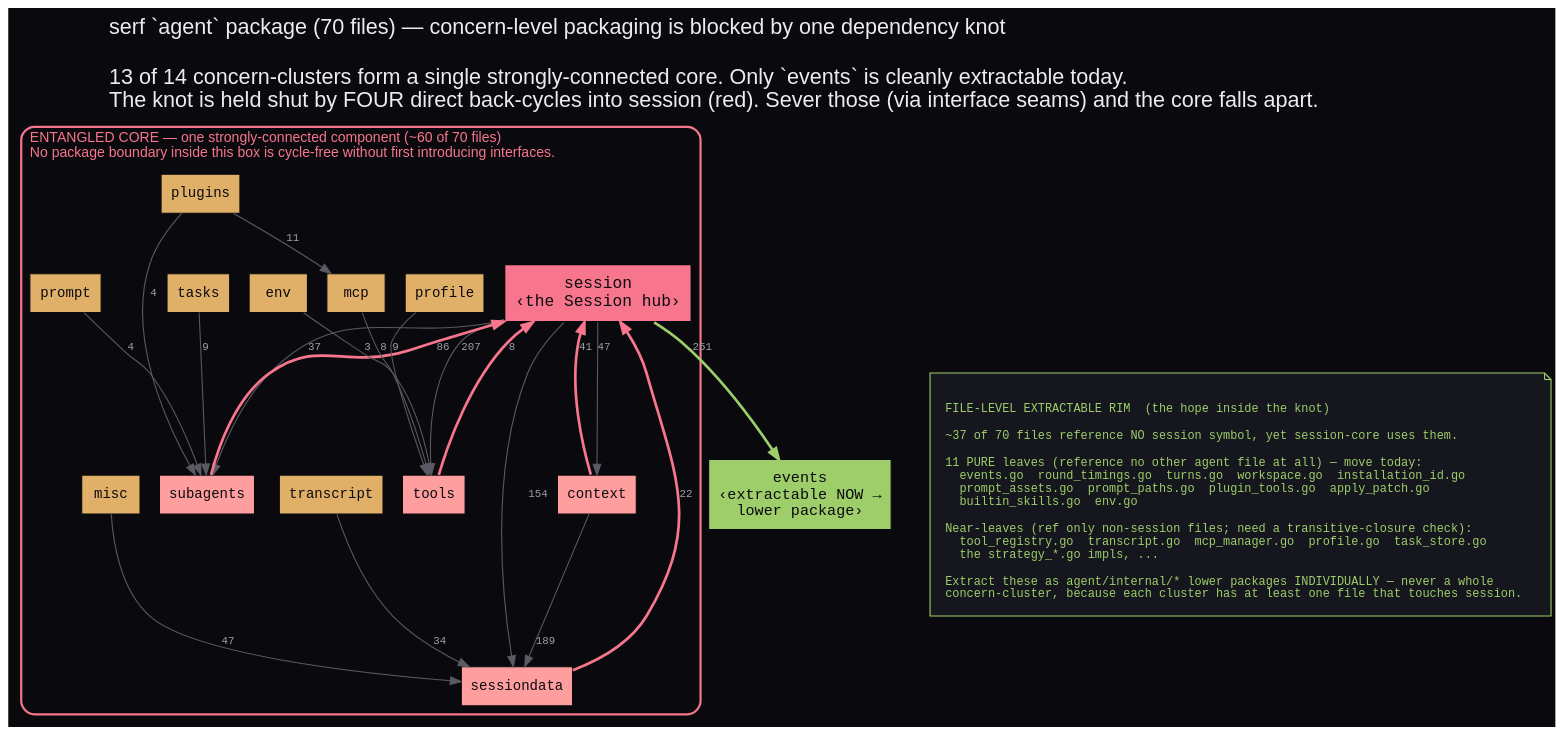
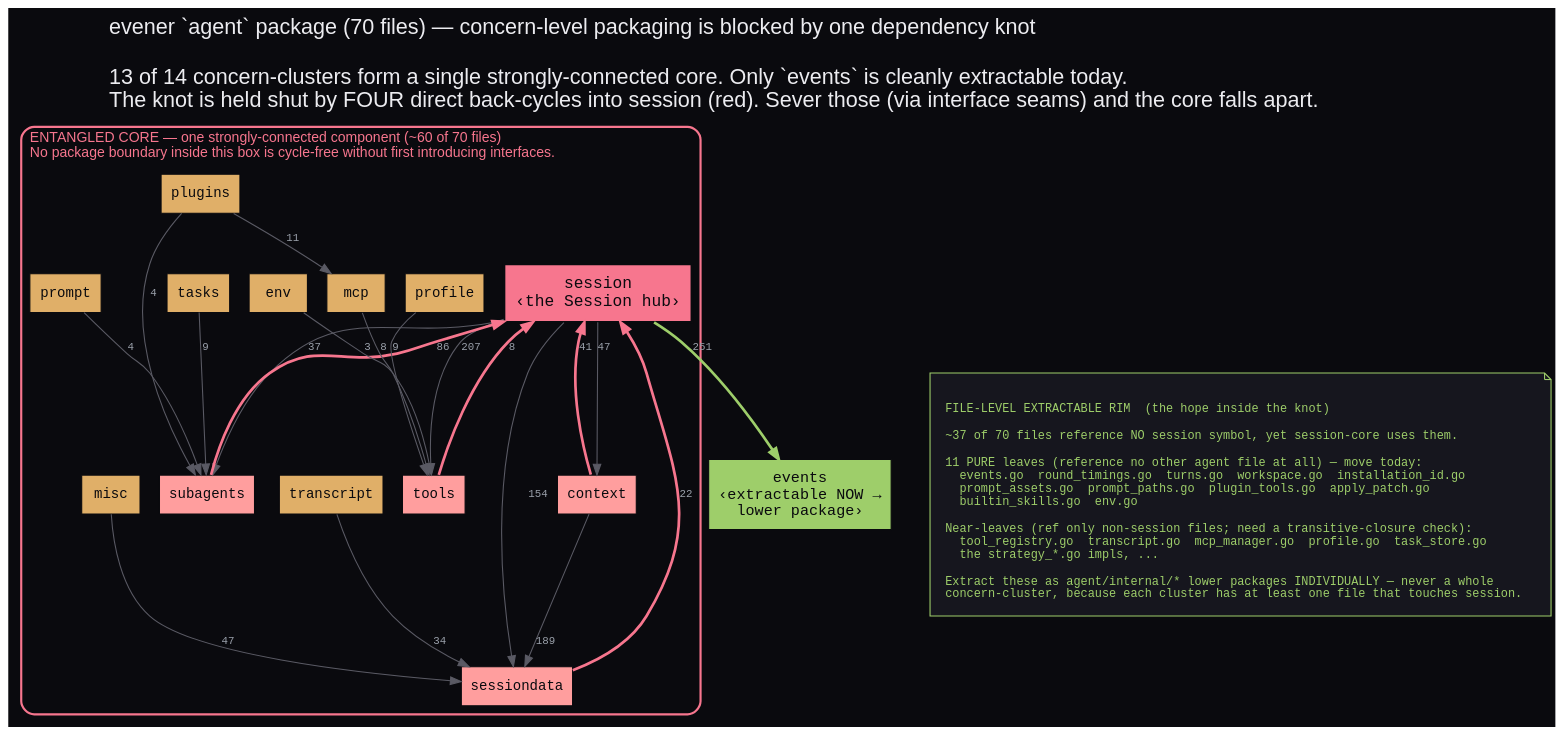
Before and after one commit to prime-radiant-inc/evener: the diagram in docs/superpowers/specs/2026-05-30-agent-package-dependency-map.dot, drawn with Graphviz. The commit also changed 47 other files, not shown here.

First line of the commit message:
rename: final cleanup of remaining Serf -> Evener references

```diff
--- a/docs/superpowers/specs/2026-05-30-agent-package-dependency-map.dot
+++ b/docs/superpowers/specs/2026-05-30-agent-package-dependency-map.dot
@@ -1,69 +1,69 @@
-// serf `agent` package intra-package dependency map.
+// evener `agent` package intra-package dependency map.
 // Generated from a go/types symbol-reference analysis (see /tmp/agentdep):
 // every edge = "cluster A uses a package-level symbol/method/type defined in cluster B".
 // Clusters = concern groupings of the 70 source files. Edge labels = reference counts.
 // Classification (core / leaf-below) computed via strongly-connected-component reachability
 // from the `session` cluster. Principal edges shown; the full session->* fan-out is omitted
 // for readability (session references all 13 other clusters).
 digraph agentdeps {
   rankdir=TB;
   bgcolor="#0a0a0e";
   fontname="Helvetica"; fontcolor="#ececf0"; fontsize=20; labelloc=t;
-  label="serf `agent` package (70 files) — concern-level packaging is blocked by one dependency knot\l\l13 of 14 concern-clusters form a single strongly-connected core. Only `events` is cleanly extractable today.\lThe knot is held shut by FOUR direct back-cycles into session (red). Sever those (via interface seams) and the core falls apart.\l";
+  label="evener `agent` package (70 files) — concern-level packaging is blocked by one dependency knot\l\l13 of 14 concern-clusters form a single strongly-connected core. Only `events` is cleanly extractable today.\lThe knot is held shut by FOUR direct back-cycles into session (red). Sever those (via interface seams) and the core falls apart.\l";
   node [style=filled, shape=box, fontname="Courier", fontsize=13, fontcolor="#0a0a0e", color="#0a0a0e", margin=0.14];
   edge [color="#5a5a64", fontcolor="#9aa0aa", fontname="Courier", fontsize=10];
 
   subgraph cluster_core {
     label="ENTANGLED CORE — one strongly-connected component (~60 of 70 files)\lNo package boundary inside this box is cycle-free without first introducing interfaces.\l";
     labeljust=l; fontcolor="#f7768e"; color="#f7768e"; style="rounded"; penwidth=2.0; fontsize=13;
 
     session     [fillcolor="#f7768e", label="session\n‹the Session hub›", penwidth=2.5, fontsize=15];
 
     // the four clusters that directly cycle with session (the entanglements to break)
     sessiondata [fillcolor="#ff9e9e"];
     subagents   [fillcolor="#ff9e9e"];
     tools       [fillcolor="#ff9e9e"];
     context     [fillcolor="#ff9e9e"];
 
     // the rest: pulled into the SCC transitively through the four above
     profile     [fillcolor="#e0af68"];
     prompt      [fillcolor="#e0af68"];
     plugins     [fillcolor="#e0af68"];
     mcp         [fillcolor="#e0af68"];
     tasks       [fillcolor="#e0af68"];
     transcript  [fillcolor="#e0af68"];
     env         [fillcolor="#e0af68"];
     misc        [fillcolor="#e0af68"];
 
     // --- the four direct cycles with session (forward gray, back-edge red+bold) ---
     session -> sessiondata [label=154];
     sessiondata -> session [label=22, color="#f7768e", penwidth=2.5];
     session -> subagents   [label=37];
     subagents -> session   [label=86, color="#f7768e", penwidth=2.5];
     session -> tools       [label=207];
     tools -> session       [label=8,  color="#f7768e", penwidth=2.5];
     session -> context     [label=47];
     context -> session     [label=41, color="#f7768e", penwidth=2.5];
 
     // --- transitive members depend INTO the cyclic quartet (so they join the SCC) ---
     context    -> sessiondata [label=189];
     misc       -> sessiondata [label=47];
     transcript -> sessiondata [label=34];
     profile    -> tools       [label=9];
     env        -> tools       [label=3];
     mcp        -> tools        [label=8];
     tasks      -> subagents    [label=9];
     prompt     -> subagents    [label=4];
     plugins    -> subagents    [label=4];
     plugins    -> mcp          [label=11];
   }
 
   // the one clean lower-leaf today
   events [fillcolor="#9ece6a", label="events\n‹extractable NOW →\nlower package›", fontsize=14];
   session -> events [label=251, color="#9ece6a", penwidth=2.5];
 
   // the file-level extractable rim (cycle-free today, individually)
   rim [shape=note, fillcolor="#16161e", color="#9ece6a", fontcolor="#9ece6a", fontname="Courier", fontsize=11, margin=0.2, label="\lFILE-LEVEL EXTRACTABLE RIM  (the hope inside the knot)\l\l~37 of 70 files reference NO session symbol, yet session-core uses them.\l\l11 PURE leaves (reference no other agent file at all) — move today:\l   events.go  round_timings.go  turns.go  workspace.go  installation_id.go\l   prompt_assets.go  prompt_paths.go  plugin_tools.go  apply_patch.go\l   builtin_skills.go  env.go\l\lNear-leaves (ref only non-session files; need a transitive-closure check):\l   tool_registry.go  transcript.go  mcp_manager.go  profile.go  task_store.go\l   the strategy_*.go impls, ...\l\lExtract these as agent/internal/* lower packages INDIVIDUALLY — never a whole\lconcern-cluster, because each cluster has at least one file that touches session.\l"];
   events -> rim [style=invis];
   { rank=same; events; rim; }
 }
```
